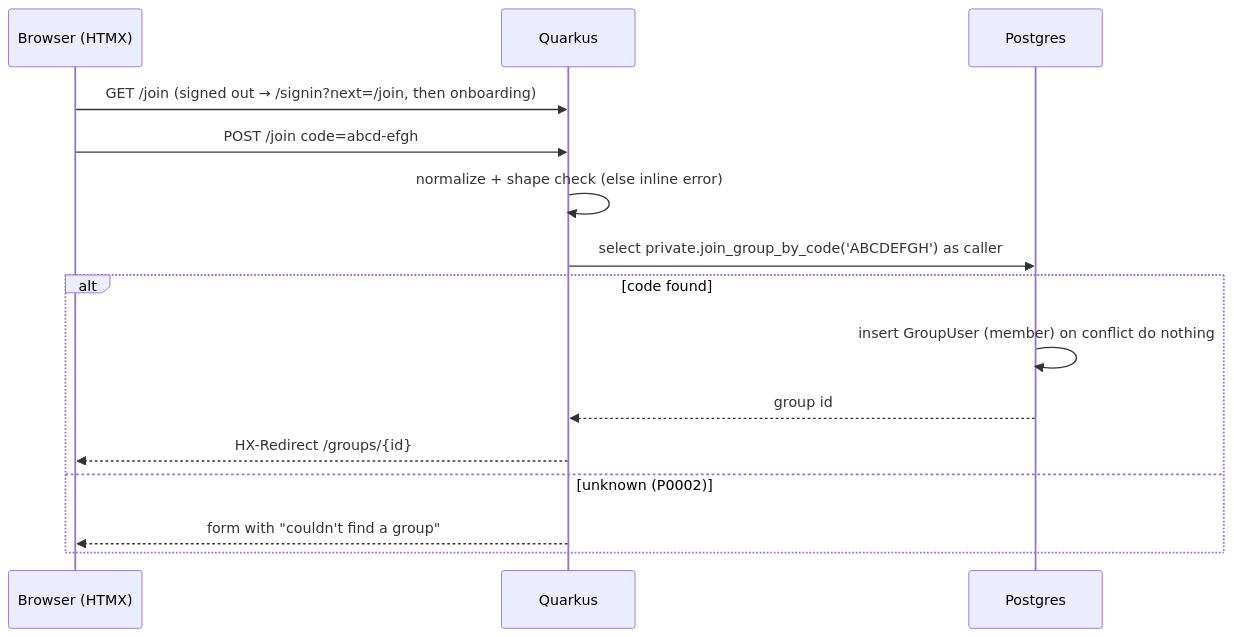
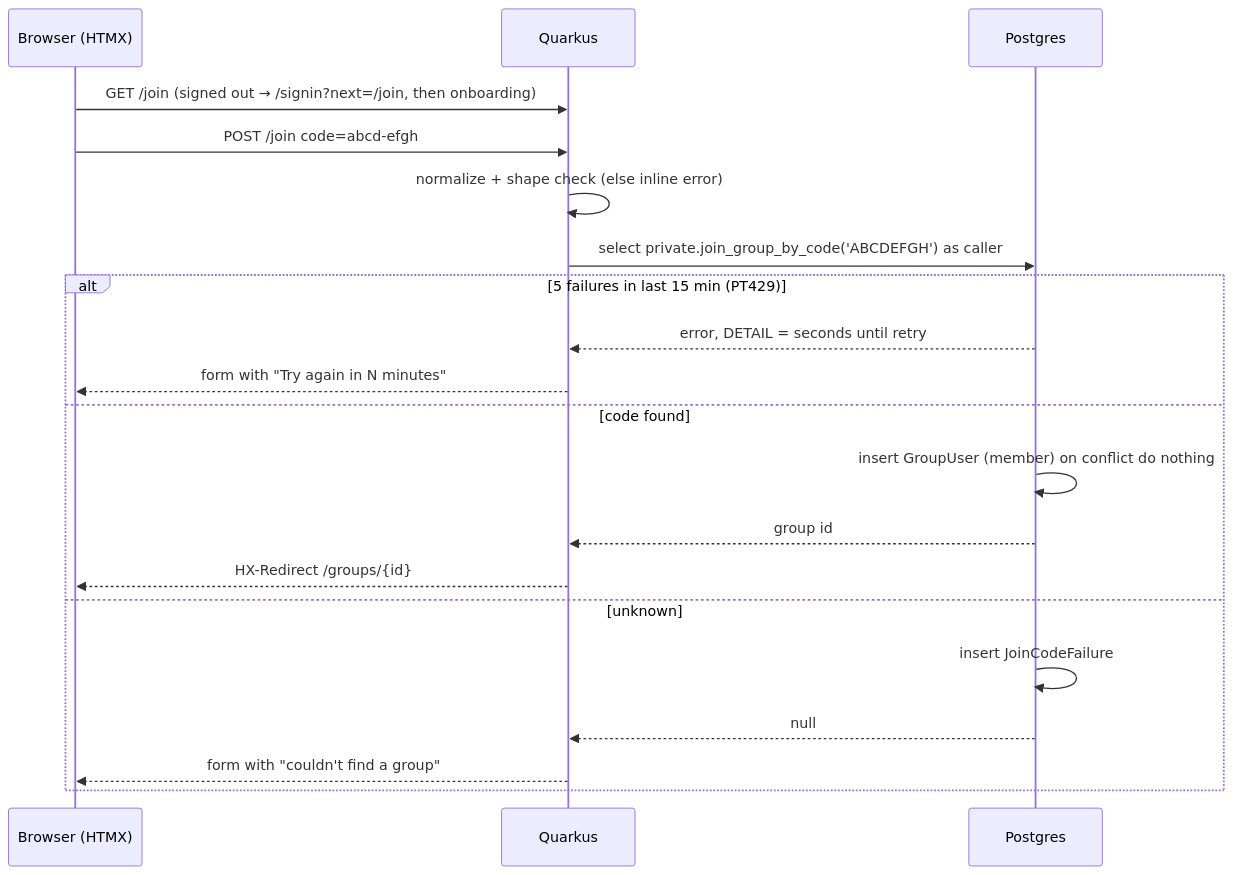
Before and after one commit to colllten/giftloop: the second of 3 diagrams in docs/ARCHITECTURE.md, drawn with Mermaid. The commit also changed other lines of this file and 13 other files, not shown here.

````diff
--- a/docs/ARCHITECTURE.md
+++ b/docs/ARCHITECTURE.md
@@ -49,17 +49,22 @@
 ```mermaid
 sequenceDiagram
   participant B as Browser (HTMX)
   participant Q as Quarkus
   participant P as Postgres
   B->>Q: GET /join (signed out → /signin?next=/join, then onboarding)
   B->>Q: POST /join code=abcd-efgh
   Q->>Q: normalize + shape check (else inline error)
   Q->>P: select private.join_group_by_code('ABCDEFGH') as caller
-  alt code found
+  alt 5 failures in last 15 min (PT429)
+    P-->>Q: error, DETAIL = seconds until retry
+    Q-->>B: form with "Try again in N minutes"
+  else code found
     P->>P: insert GroupUser (member) on conflict do nothing
     P-->>Q: group id
     Q-->>B: HX-Redirect /groups/{id}
-  else unknown (P0002)
+  else unknown
+    P->>P: insert JoinCodeFailure
+    P-->>Q: null
     Q-->>B: form with "couldn't find a group"
   end
 ```
````
